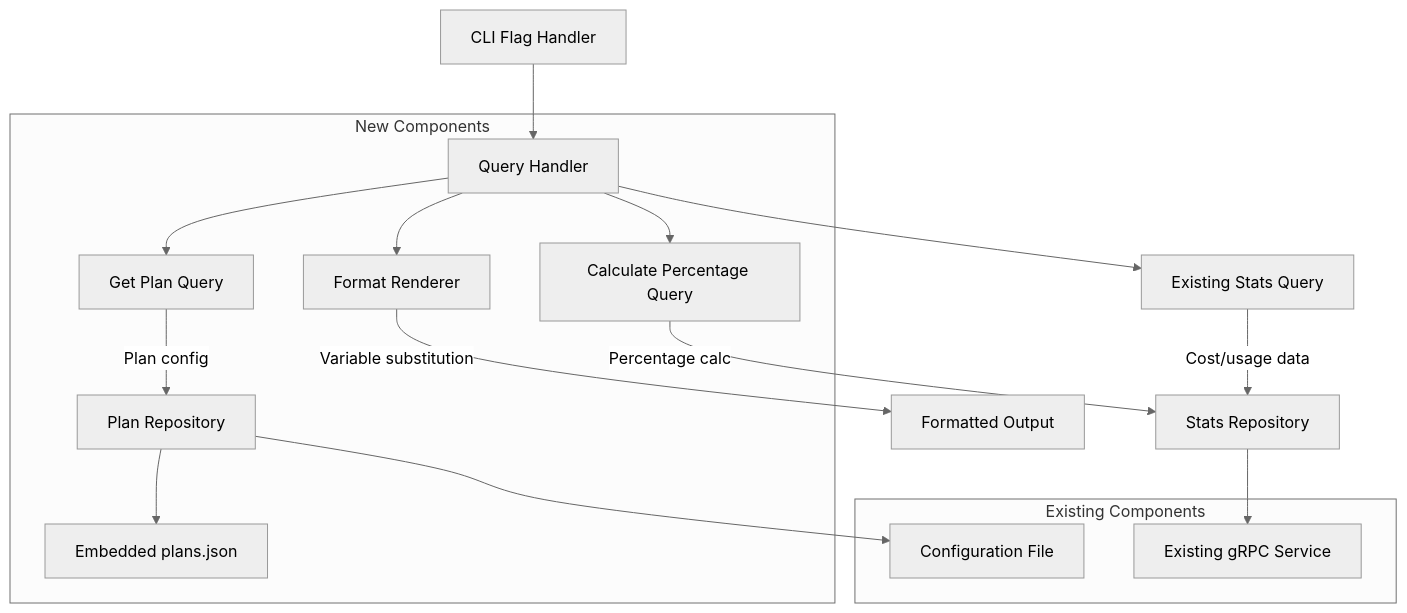
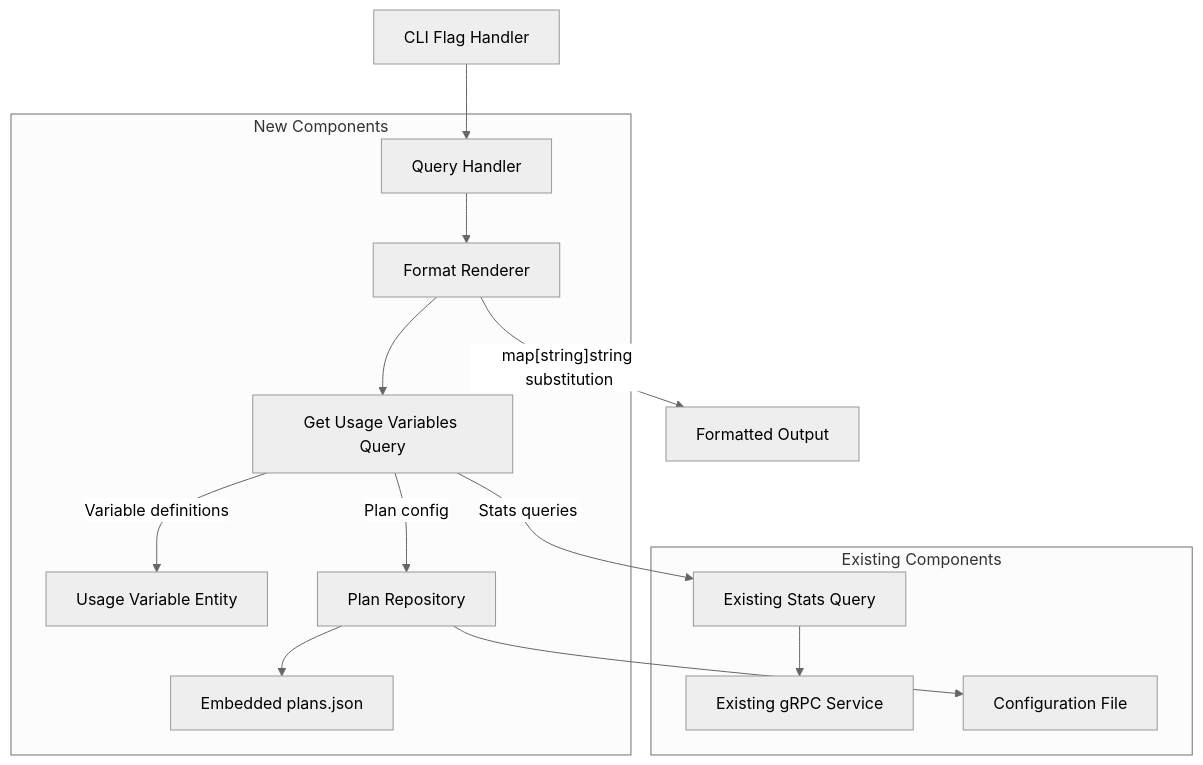
The diagram in docs/quick-query/design.md (elct9620/ccmon), drawn with Mermaid (neutral theme) before and after one commit. The commit also changed other lines of this file, not shown here.

First line of the commit message:
refactor: simplify quick-query design to use single GetUsageVariablesQuery

````diff
--- a/docs/quick-query/design.md
+++ b/docs/quick-query/design.md
@@ -26,31 +34,30 @@
 ```mermaid
 graph TB
     CLI[CLI Flag Handler] --> QH[Query Handler]
     QH --> FR[Format Renderer]
-    QH --> GPU[Get Plan Query]
-    QH --> CPQ[Calculate Percentage Query]
-    QH --> ESQ[Existing Stats Query]
+    FR --> GUV[Get Usage Variables Query]
     
-    FR --> |"Variable substitution"| Output[Formatted Output]
-    GPU --> |"Plan config"| PlanRepo[Plan Repository]
-    CPQ --> |"Percentage calc"| StatsRepo[Stats Repository]
-    ESQ --> |"Cost/usage data"| StatsRepo
+    FR --> |"map[string]string substitution"| Output[Formatted Output]
+    GUV --> |"Variable definitions"| VD[Usage Variable Entity]
+    GUV --> |"Stats queries"| ESQ[Existing Stats Query]
+    GUV --> |"Plan config"| PlanRepo[Plan Repository]
     
+    ESQ --> gRPC[Existing gRPC Service]
     PlanRepo --> Config[Configuration File]
     PlanRepo --> JSON[Embedded plans.json]
-    StatsRepo --> gRPC[Existing gRPC Service]
     
     subgraph "Existing Components"
         gRPC
         Config
+        ESQ
     end
     
     subgraph "New Components"
         QH
         FR
-        GPU
-        CPQ
+        GUV
+        VD
         PlanRepo
         JSON
     end
 ```
````
